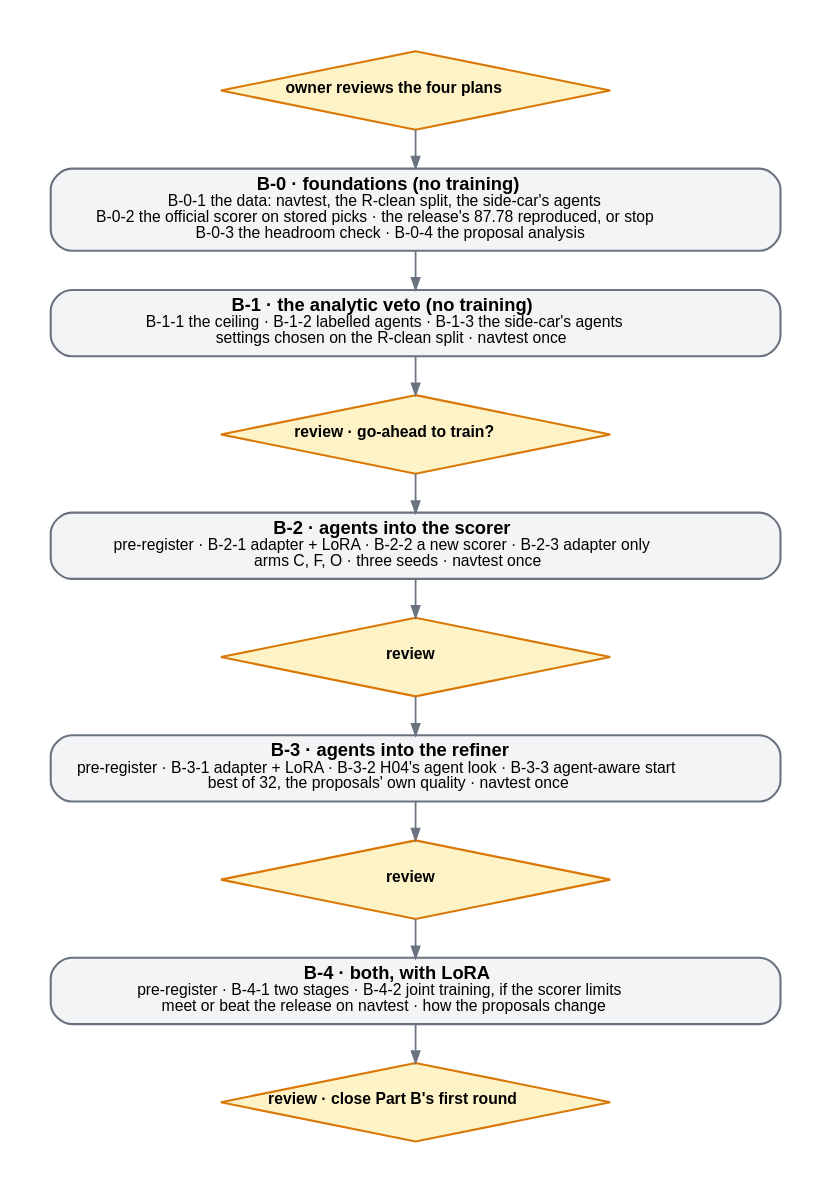
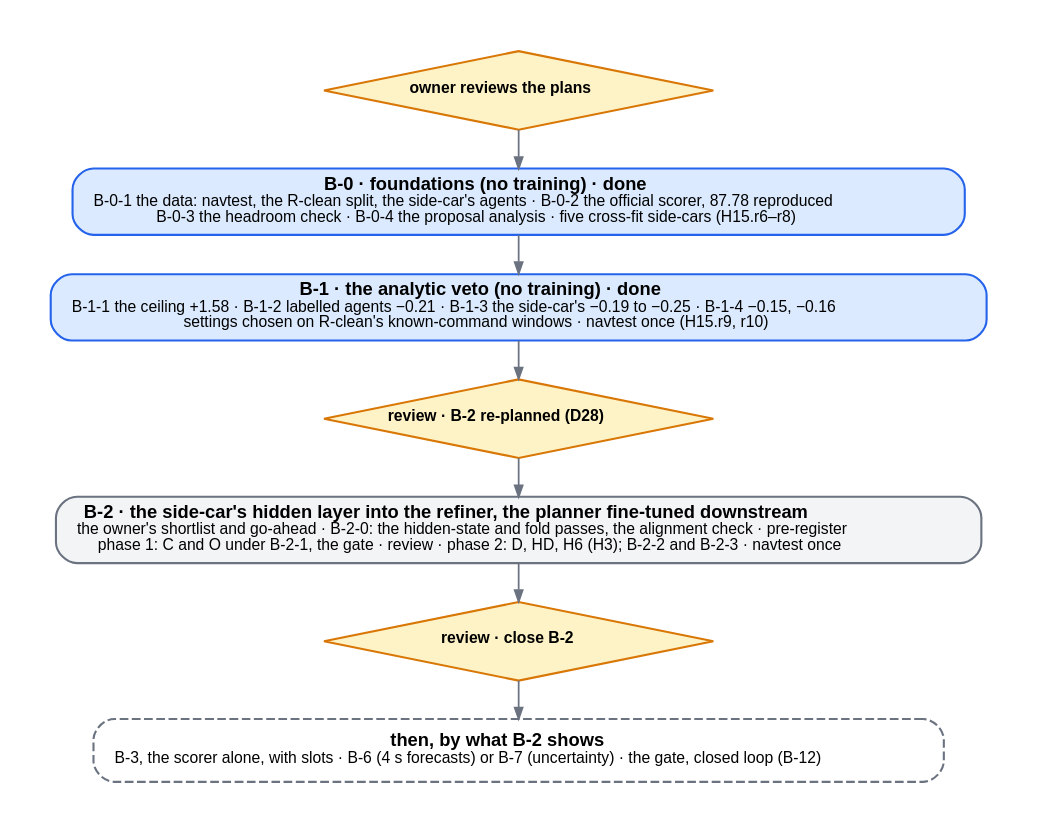
The diagram in experiments/H15_perception_sidecar/figures/b-steps.dot (FastCodeAI/Gallops), drawn with Graphviz before and after one commit. The commit also changed 34 other files, not shown here.

```diff
--- a/experiments/H15_perception_sidecar/figures/b-steps.dot
+++ b/experiments/H15_perception_sidecar/figures/b-steps.dot
@@ -1,29 +1,28 @@
 // H15 Part B (docs/drivejepa-perception-sidecar/part-b/B-0-foundations.md and one document per experiment): the order of work, each block
-// closed by the owner's review before the next opens. Grey: not yet run. Amber diamonds: the owner's reviews.
-// Nothing trains before B-2, and B-2 waits for the go-ahead. Experiments are named B-<n>-<v> (overview, "Naming").
+// closed by the owner's review before the next opens. Blue: done. Grey: not yet run. Amber diamonds: the owner's
+// reviews. Nothing trains before B-2, and B-2 waits for the go-ahead. Experiments are named B-<n>-<v> (overview,
+// "Naming"; renumbered on 13 Nov, D28).
 // Render: dot -Tsvg b-steps.dot -o b-steps.svg && dot -Tpng:cairo -Gdpi=192 b-steps.dot -o b-steps.png
 // (not rsvg-convert: version 2.50 drops the space after a bold run)
 digraph b_steps {
   graph [rankdir=TB, fontname="Helvetica", nodesep=0.35, ranksep=0.30, pad=0.3, bgcolor="white"];
   node  [shape=box, style="rounded,filled", fontname="Helvetica", fontsize=10.5, penwidth=1.2,
          color="#6b7280", fillcolor="#f3f4f6", margin="0.16,0.07", width=5.8];
   edge  [color="#6b7280", arrowsize=0.65, penwidth=1.0, fontname="Helvetica", fontsize=9];
 
   R0 [shape=diamond, style="filled", width=3.1, height=0.62, fixedsize=true, color="#d97706", fillcolor="#fef3c7",
-      label=<<FONT POINT-SIZE="9.5"><B>owner reviews the four plans</B></FONT>>];
-  B0 [label=<<B>B-0 · foundations (no training)</B><BR/><FONT POINT-SIZE="9">B-0-1 the data: navtest, the R-clean split, the side-car's agents<BR/>B-0-2 the official scorer on stored picks · the release's 87.78 reproduced, or stop<BR/>B-0-3 the headroom check · B-0-4 the proposal analysis</FONT>>];
-  B1 [label=<<B>B-1 · the analytic veto (no training)</B><BR/><FONT POINT-SIZE="9">B-1-1 the ceiling · B-1-2 labelled agents · B-1-3 the side-car's agents<BR/>settings chosen on the R-clean split · navtest once</FONT>>];
+      label=<<FONT POINT-SIZE="9.5"><B>owner reviews the plans</B></FONT>>];
+  B0 [color="#2563eb", fillcolor="#dbeafe",
+      label=<<B>B-0 · foundations (no training) · done</B><BR/><FONT POINT-SIZE="9">B-0-1 the data: navtest, the R-clean split, the side-car's agents · B-0-2 the official scorer, 87.78 reproduced<BR/>B-0-3 the headroom check · B-0-4 the proposal analysis · five cross-fit side-cars (H15.r6–r8)</FONT>>];
+  B1 [color="#2563eb", fillcolor="#dbeafe",
+      label=<<B>B-1 · the analytic veto (no training) · done</B><BR/><FONT POINT-SIZE="9">B-1-1 the ceiling +1.58 · B-1-2 labelled agents −0.21 · B-1-3 the side-car's −0.19 to −0.25 · B-1-4 −0.15, −0.16<BR/>settings chosen on R-clean's known-command windows · navtest once (H15.r9, r10)</FONT>>];
   RA [shape=diamond, style="filled", width=3.1, height=0.62, fixedsize=true, color="#d97706", fillcolor="#fef3c7",
-      label=<<FONT POINT-SIZE="9.5"><B>review · go-ahead to train?</B></FONT>>];
-  B2 [label=<<B>B-2 · agents into the scorer</B><BR/><FONT POINT-SIZE="9">pre-register · B-2-1 adapter + LoRA · B-2-2 a new scorer · B-2-3 adapter only<BR/>arms C, F, O · three seeds · navtest once</FONT>>];
+      label=<<FONT POINT-SIZE="9.5"><B>review · B-2 re-planned (D28)</B></FONT>>];
+  B2 [label=<<B>B-2 · the side-car's hidden layer into the refiner, the planner fine-tuned downstream</B><BR/><FONT POINT-SIZE="9">the owner's shortlist and go-ahead · B-2-0: the hidden-state and fold passes, the alignment check · pre-register<BR/>phase 1: C and O under B-2-1, the gate · review · phase 2: D, HD, H6 (H3); B-2-2 and B-2-3 · navtest once</FONT>>];
   RB [shape=diamond, style="filled", width=3.1, height=0.62, fixedsize=true, color="#d97706", fillcolor="#fef3c7",
-      label=<<FONT POINT-SIZE="9.5"><B>review</B></FONT>>];
-  B3 [label=<<B>B-3 · agents into the refiner</B><BR/><FONT POINT-SIZE="9">pre-register · B-3-1 adapter + LoRA · B-3-2 H04's agent look · B-3-3 agent-aware start<BR/>best of 32, the proposals' own quality · navtest once</FONT>>];
-  RC [shape=diamond, style="filled", width=3.1, height=0.62, fixedsize=true, color="#d97706", fillcolor="#fef3c7",
-      label=<<FONT POINT-SIZE="9.5"><B>review</B></FONT>>];
-  B4 [label=<<B>B-4 · both, with LoRA</B><BR/><FONT POINT-SIZE="9">pre-register · B-4-1 two stages · B-4-2 joint training, if the scorer limits<BR/>meet or beat the release on navtest · how the proposals change</FONT>>];
-  RD [shape=diamond, style="filled", width=3.1, height=0.62, fixedsize=true, color="#d97706", fillcolor="#fef3c7",
-      label=<<FONT POINT-SIZE="9.5"><B>review · close Part B's first round</B></FONT>>];
+      label=<<FONT POINT-SIZE="9.5"><B>review · close B-2</B></FONT>>];
+  L [style="rounded,dashed,filled", fillcolor="white",
+     label=<<B>then, by what B-2 shows</B><BR/><FONT POINT-SIZE="9">B-3, the scorer alone, with slots · B-6 (4 s forecasts) or B-7 (uncertainty) · the gate, closed loop (B-12)</FONT>>];
 
-  R0 -> B0 -> B1 -> RA -> B2 -> RB -> B3 -> RC -> B4 -> RD;
+  R0 -> B0 -> B1 -> RA -> B2 -> RB -> L;
 }
```
